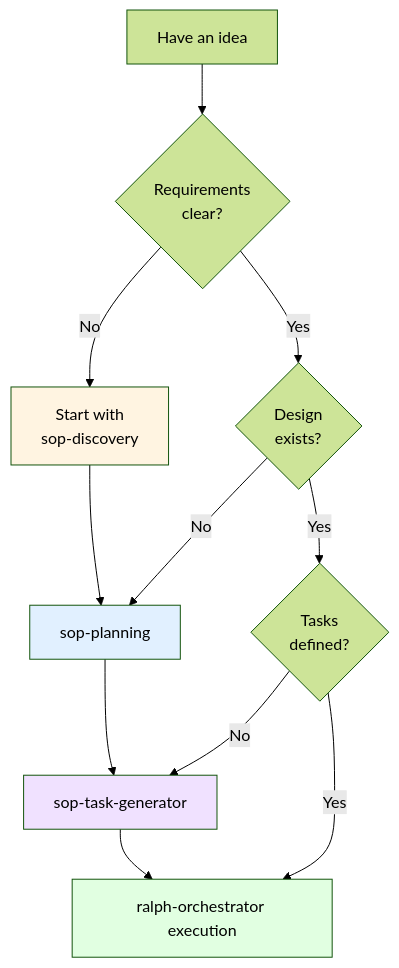
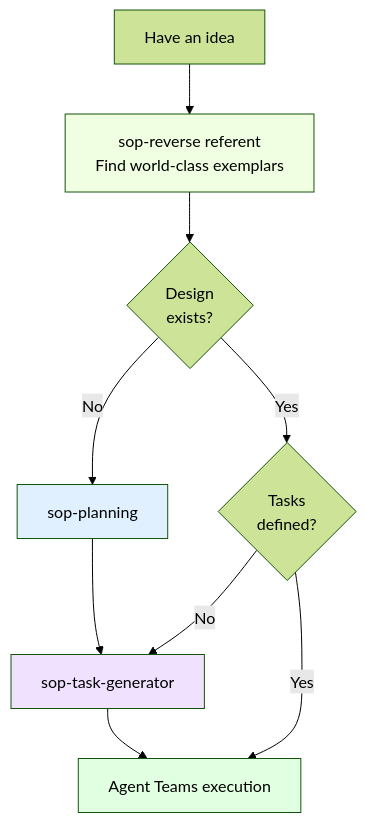
Before and after one commit to Dario-Arcos/ai-framework: the third of 5 diagrams in skills/ralph-orchestrator/references/mode-selection.md, drawn with Mermaid (forest theme). The commit also changed other lines of this file and 5 other files, not shown here.

First line of the commit message:
refactor(ralph-orchestrator): simplify from 3 routes to single referent-only flow

````diff
--- a/skills/ralph-orchestrator/references/mode-selection.md
+++ b/skills/ralph-orchestrator/references/mode-selection.md
@@ -87,24 +83,21 @@
 ```mermaid
 graph TD
-    Idea[Have an idea] --> Q1{Requirements<br/>clear?}
+    Idea[Have an idea] --> Ref[sop-reverse referent<br/>Find world-class exemplars]
 
-    Q1 -->|No| Disc[Start with<br/>sop-discovery]
-    Q1 -->|Yes| Q2{Design<br/>exists?}
+    Ref --> Q1{Design<br/>exists?}
 
-    Disc --> Plan[sop-planning]
-
-    Q2 -->|No| Plan
-    Q2 -->|Yes| Q3{Tasks<br/>defined?}
+    Q1 -->|No| Plan[sop-planning]
+    Q1 -->|Yes| Q2{Tasks<br/>defined?}
 
     Plan --> Tasks[sop-task-generator]
 
-    Q3 -->|No| Tasks
-    Q3 -->|Yes| Exec[ralph-orchestrator execution]
+    Q2 -->|No| Tasks
+    Q2 -->|Yes| Exec[Agent Teams execution]
 
     Tasks --> Exec
 
-    style Disc fill:#fff4e1
+    style Ref fill:#f0ffe1
     style Plan fill:#e1f0ff
     style Tasks fill:#f0e1ff
     style Exec fill:#e1ffe1
 ```
````
